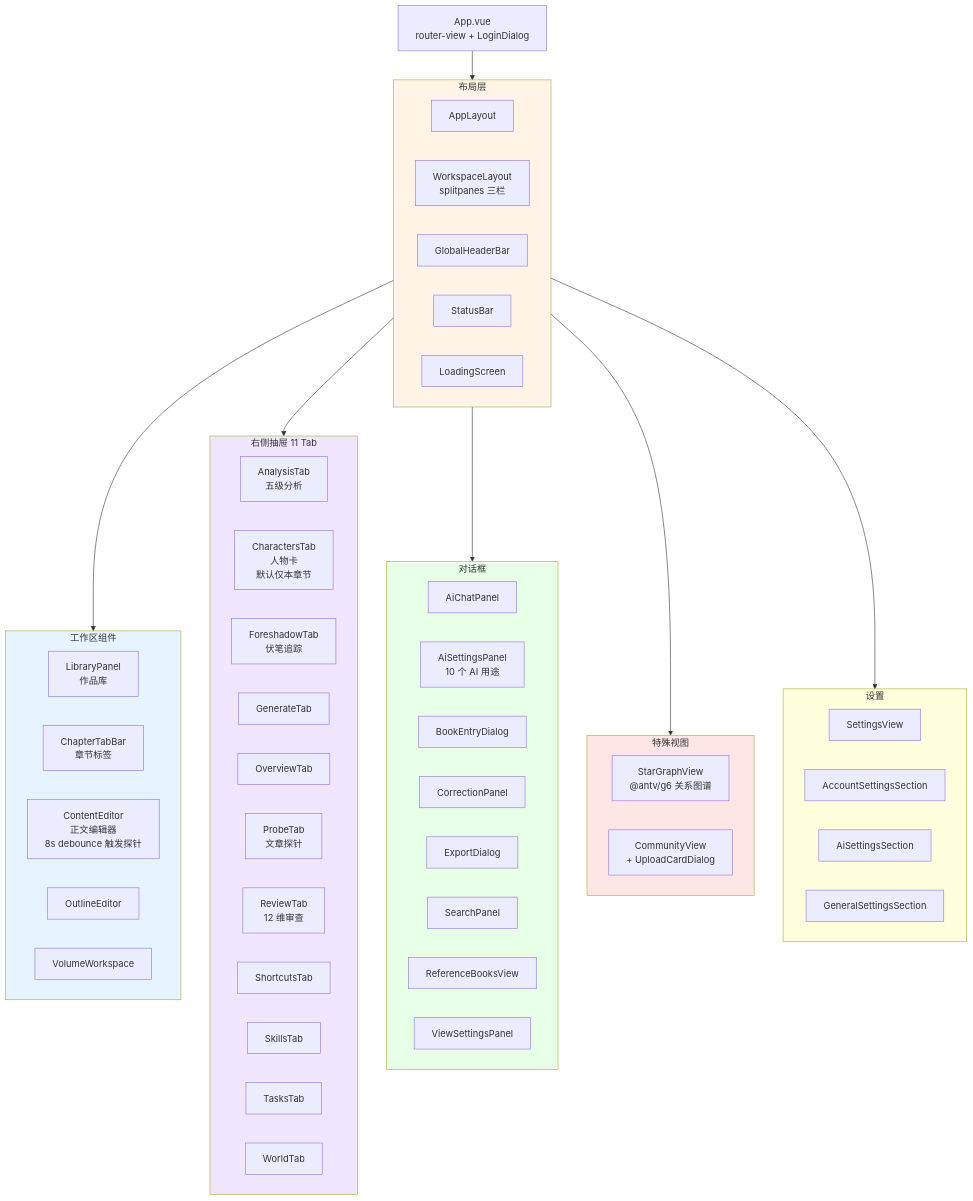
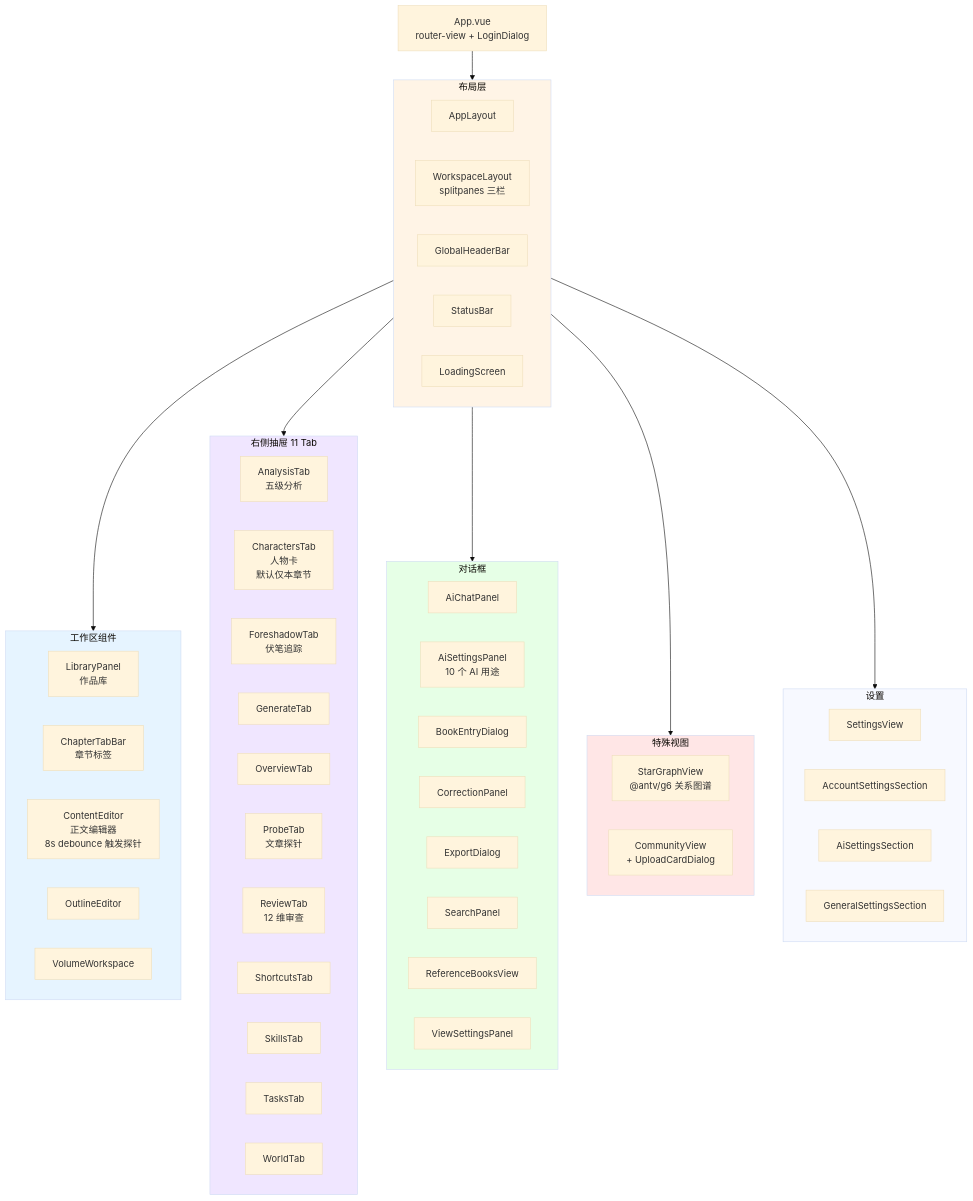
The sixth of 25 diagrams in ARCHITECTURE.md (TSOFTP-afk/lingshu), drawn with Mermaid before and after one commit. The commit also changed other lines of this file and 17 other files, not shown here.

````diff
--- a/ARCHITECTURE.md
+++ b/ARCHITECTURE.md
@@ -563,70 +568,71 @@
 ```mermaid
+%%{init: {'theme': 'base', 'themeVariables': { 'darkMode': false }}}%%
 graph TB
     App["App.vue<br/>router-view + LoginDialog"]
 
     subgraph Layout["布局层"]
         AppLayout[AppLayout]
         WorkspaceLayout[WorkspaceLayout<br/>splitpanes 三栏]
         GlobalHeaderBar[GlobalHeaderBar]
         StatusBar[StatusBar]
         LoadingScreen[LoadingScreen]
     end
 
     subgraph Workspace["工作区组件"]
         LibraryPanel[LibraryPanel<br/>作品库]
         ChapterTabBar[ChapterTabBar<br/>章节标签]
         ContentEditor[ContentEditor<br/>正文编辑器<br/>8s debounce 触发探针]
         OutlineEditor[OutlineEditor]
         VolumeWorkspace[VolumeWorkspace]
     end
 
     subgraph Drawer["右侧抽屉 11 Tab"]
         AnalysisTab[AnalysisTab<br/>五级分析]
         CharactersTab[CharactersTab<br/>人物卡<br/>默认仅本章节]
         ForeshadowTab[ForeshadowTab<br/>伏笔追踪]
         GenerateTab[GenerateTab]
         OverviewTab[OverviewTab]
         ProbeTab[ProbeTab<br/>文章探针]
         ReviewTab[ReviewTab<br/>12 维审查]
         ShortcutsTab[ShortcutsTab]
         SkillsTab[SkillsTab]
         TasksTab[TasksTab]
         WorldTab[WorldTab]
     end
 
     subgraph Dialogs["对话框"]
         AiChatPanel[AiChatPanel]
         AiSettingsPanel[AiSettingsPanel<br/>10 个 AI 用途]
         BookEntryDialog[BookEntryDialog]
         CorrectionPanel[CorrectionPanel]
         ExportDialog[ExportDialog]
         SearchPanel[SearchPanel]
         ReferenceBooksView[ReferenceBooksView]
         ViewSettingsPanel[ViewSettingsPanel]
     end
 
     subgraph Special["特殊视图"]
         StarGraph["StarGraphView<br/>@antv/g6 关系图谱"]
         Community["CommunityView<br/>+ UploadCardDialog"]
     end
 
     subgraph Settings["设置"]
         SettingsView[SettingsView]
         AccSet[AccountSettingsSection]
         AiSet[AiSettingsSection]
         GenSet[GeneralSettingsSection]
     end
 
     App --> Layout
     Layout --> Workspace
     Layout --> Drawer
     Layout --> Dialogs
     Layout --> Special
     Layout --> Settings
 
     style Layout fill:#fff4e6
     style Workspace fill:#e6f4ff
     style Drawer fill:#f0e6ff
     style Dialogs fill:#e6ffe6
     style Special fill:#ffe6e6
 ```
````
